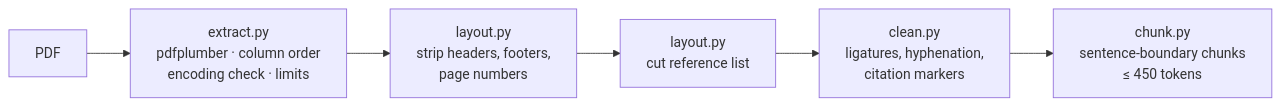
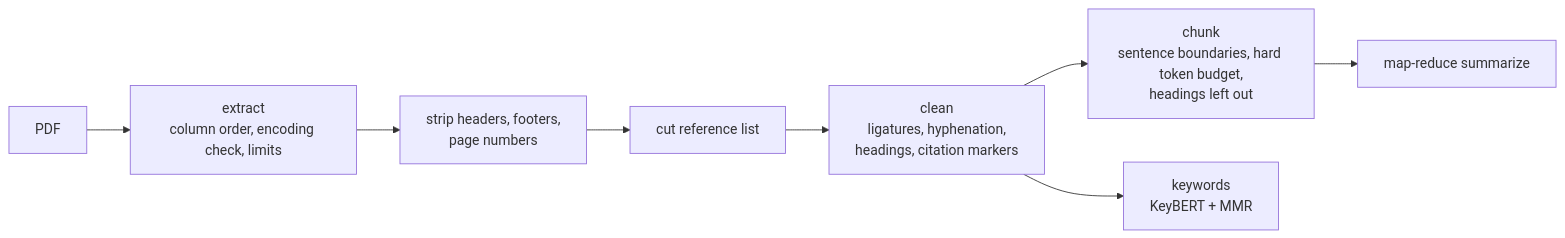
The second of 2 diagrams in README.md (Ruchanbas/turkish-pdf-summarizer), drawn with Mermaid before and after one commit. The commit also changed other lines of this file, not shown here.

````diff
--- a/README.md
+++ b/README.md
@@ -22,8 +53,10 @@
 ```mermaid
 flowchart LR
-    A[PDF] --> B["extract.py<br/>pdfplumber · column order<br/>encoding check · limits"]
-    B --> C["layout.py<br/>strip headers, footers,<br/>page numbers"]
-    C --> D["layout.py<br/>cut reference list"]
-    D --> E["clean.py<br/>ligatures, hyphenation,<br/>citation markers"]
-    E --> F["chunk.py<br/>sentence-boundary chunks<br/>≤ 450 tokens"]
+    A[PDF] --> B["extract<br/>column order, encoding check, limits"]
+    B --> C["strip headers, footers,<br/>page numbers"]
+    C --> D["cut reference list"]
+    D --> E["clean<br/>ligatures, hyphenation,<br/>headings, citation markers"]
+    E --> F["chunk<br/>sentence boundaries, hard token budget,<br/>headings left out"]
+    F --> G["map-reduce summarize"]
+    E --> H["keywords<br/>KeyBERT + MMR"]
 ```
````
